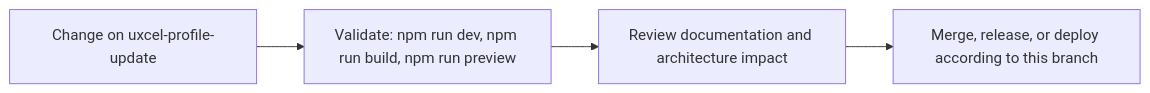
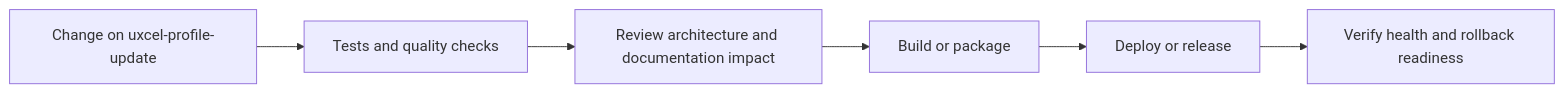
The fourth of 5 diagrams in README.md (Nischhalsubba/nischhalsubba.com.np), drawn with Mermaid before and after one commit. The commit also changed other lines of this file, not shown here.

````diff
--- a/README.md
+++ b/README.md
@@ -78,8 +158,8 @@
 ```mermaid
 flowchart LR
-    CHANGE["Change on uxcel-profile-update"]
-    CHECK["Validate: npm run dev, npm run build, npm run preview"]
-    REVIEW["Review documentation and architecture impact"]
-    RELEASE["Merge, release, or deploy according to this branch"]
-    CHANGE --> CHECK --> REVIEW --> RELEASE
+    CHANGE["Change on uxcel-profile-update"] --> CHECK["Tests and quality checks"]
+    CHECK --> REVIEW["Review architecture and documentation impact"]
+    REVIEW --> BUILD["Build or package"]
+    BUILD --> DEPLOY["Deploy or release"]
+    DEPLOY --> VERIFY["Verify health and rollback readiness"]
 ```
````
